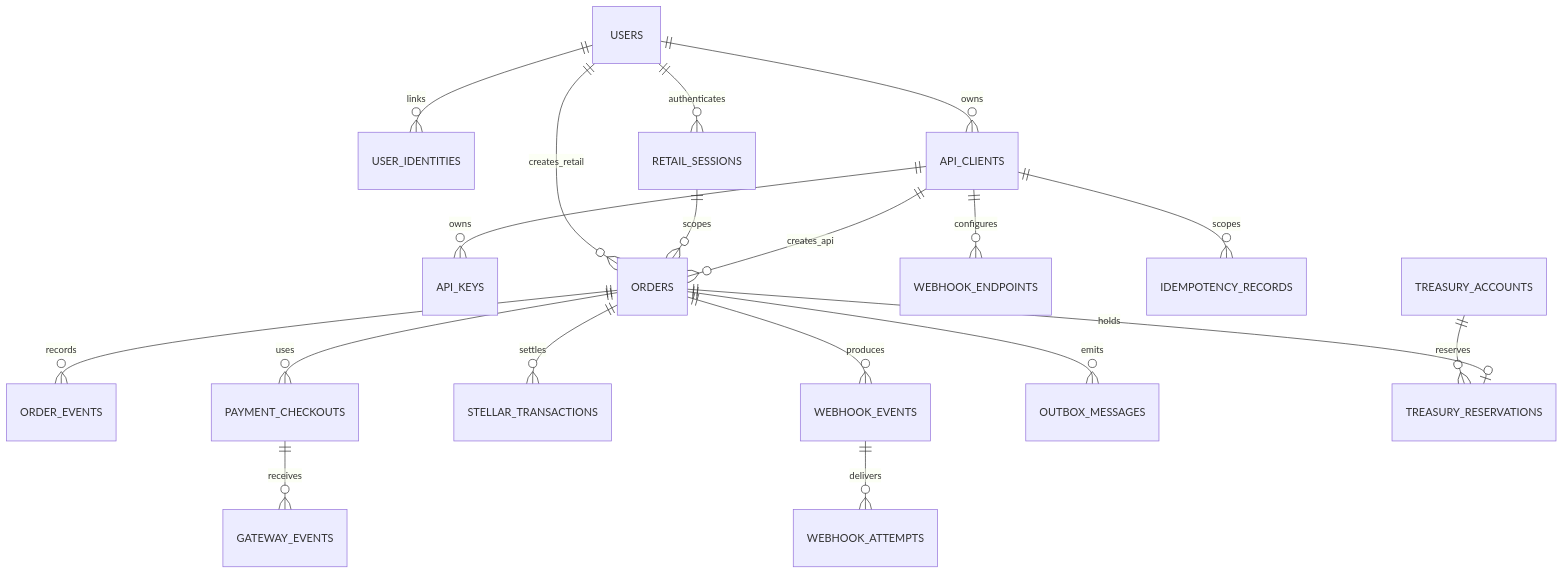
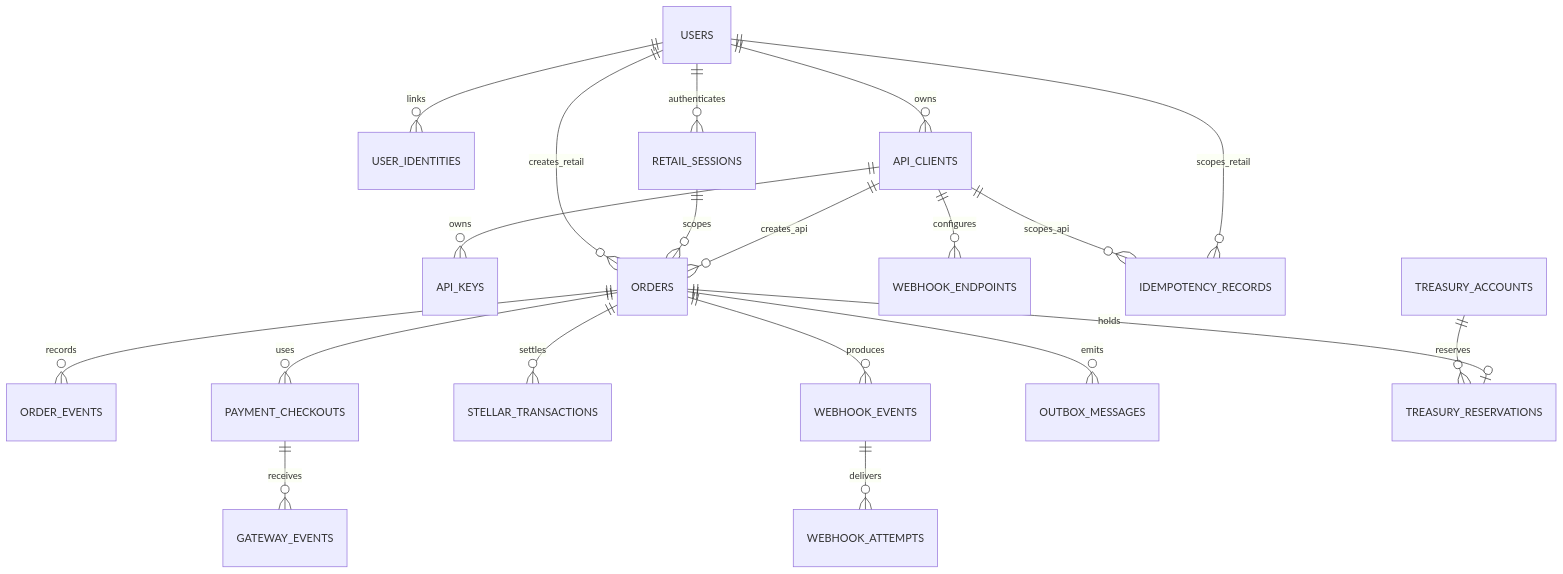
One commit to kailopay/kailo-be changed the diagram in documentations/backend/DATABASE-DESIGN.md. Above: the diagram before and after it, drawn with Mermaid. The commit also changed other lines of this file and 58 other files, not shown here.

Commit message:
feat(orders): support consumer session order flow

````diff
--- a/documentations/backend/DATABASE-DESIGN.md
+++ b/documentations/backend/DATABASE-DESIGN.md
@@ -36,21 +41,22 @@
 ```mermaid
 erDiagram
     USERS ||--o{ USER_IDENTITIES : links
     USERS ||--o{ RETAIL_SESSIONS : authenticates
     USERS ||--o{ API_CLIENTS : owns
     API_CLIENTS ||--o{ API_KEYS : owns
     USERS ||--o{ ORDERS : creates_retail
     RETAIL_SESSIONS ||--o{ ORDERS : scopes
     API_CLIENTS ||--o{ ORDERS : creates_api
     ORDERS ||--o{ ORDER_EVENTS : records
     ORDERS ||--o{ PAYMENT_CHECKOUTS : uses
     PAYMENT_CHECKOUTS ||--o{ GATEWAY_EVENTS : receives
     ORDERS ||--o{ STELLAR_TRANSACTIONS : settles
     API_CLIENTS ||--o{ WEBHOOK_ENDPOINTS : configures
     ORDERS ||--o{ WEBHOOK_EVENTS : produces
     WEBHOOK_EVENTS ||--o{ WEBHOOK_ATTEMPTS : delivers
-    API_CLIENTS ||--o{ IDEMPOTENCY_RECORDS : scopes
+    API_CLIENTS ||--o{ IDEMPOTENCY_RECORDS : scopes_api
+    USERS ||--o{ IDEMPOTENCY_RECORDS : scopes_retail
     ORDERS ||--o{ OUTBOX_MESSAGES : emits
     TREASURY_ACCOUNTS ||--o{ TREASURY_RESERVATIONS : reserves
     ORDERS ||--o| TREASURY_RESERVATIONS : holds
 ```
````
